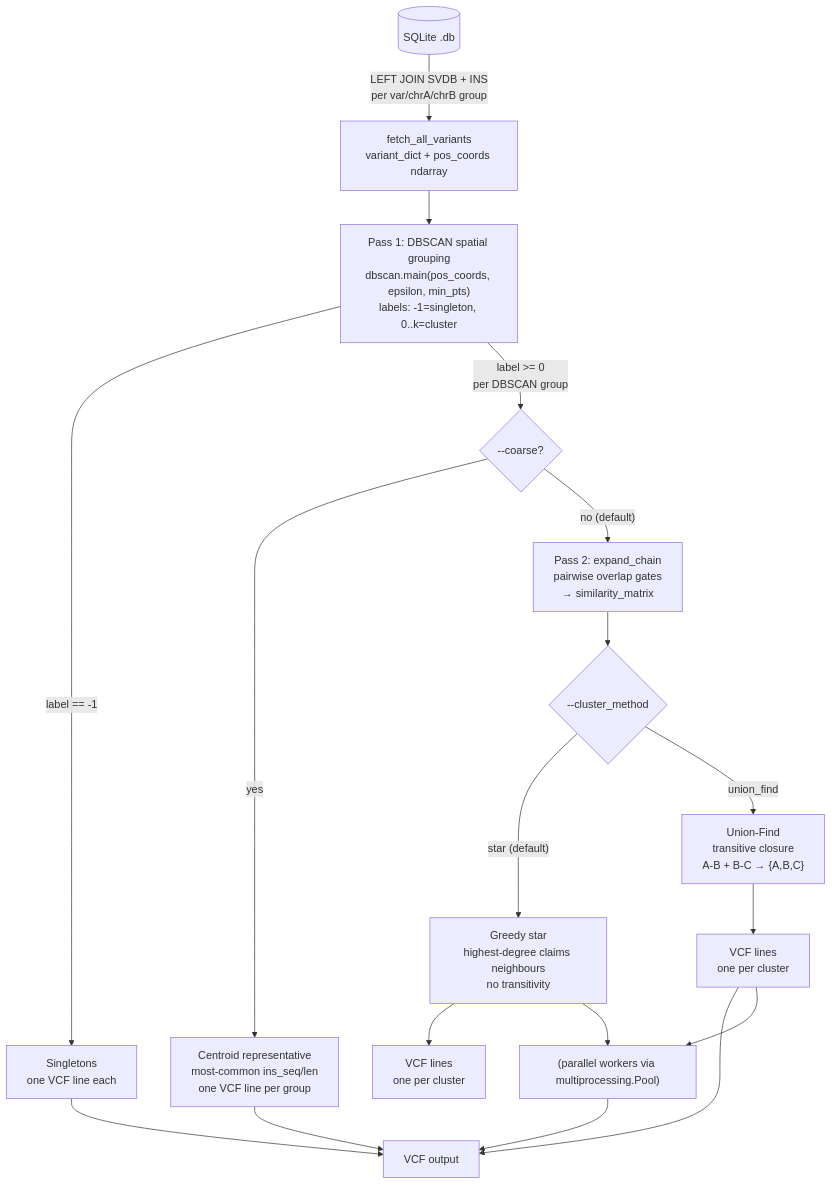
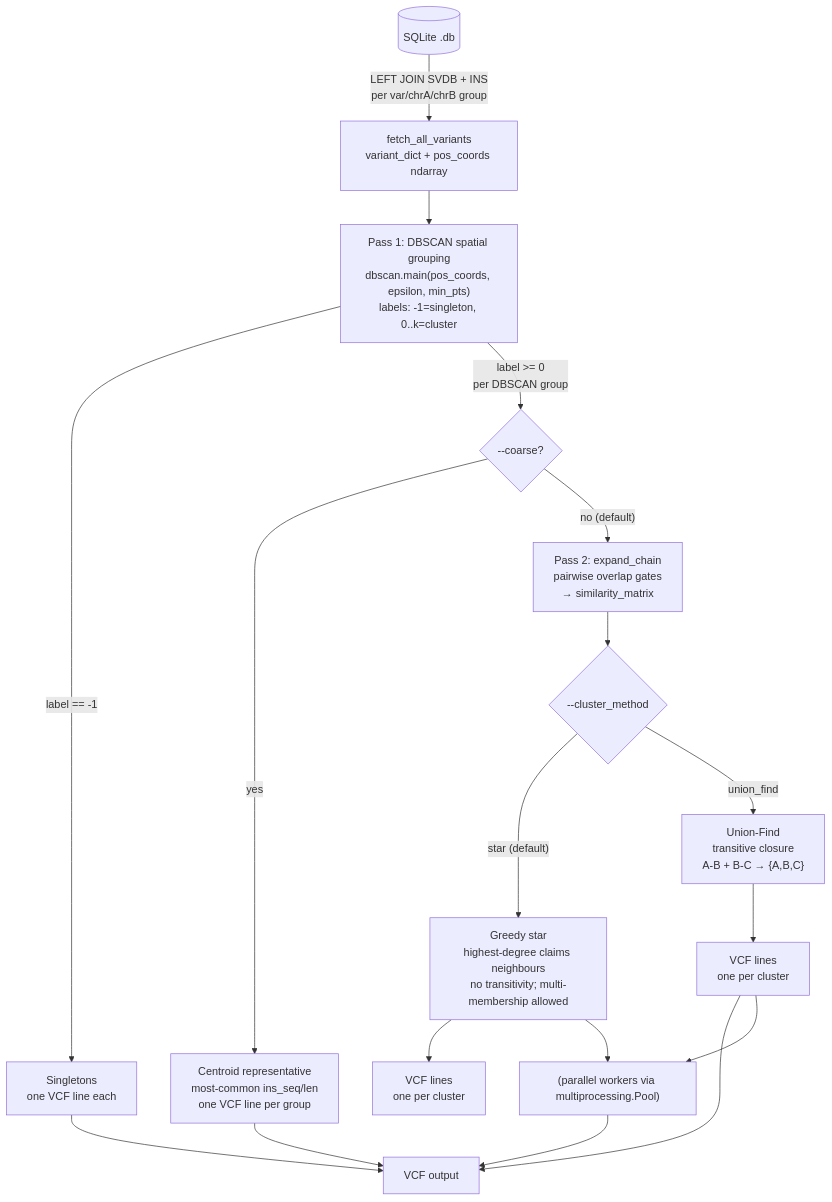
Before and after one commit to J35P312/SVDB: the third of 3 diagrams in docs/architecture.md, drawn with Mermaid. The commit also changed other lines of this file and 4 other files, not shown here.

First line of the commit message:
Revert greedy-star exclusive-membership guard; document multi-membership as intentional

````diff
--- a/docs/architecture.md
+++ b/docs/architecture.md
@@ -154,20 +154,20 @@
 ```mermaid
 flowchart TD
     DB[(SQLite .db)] -->|"LEFT JOIN SVDB + INS\nper var/chrA/chrB group"| FV[fetch_all_variants\nvariant_dict + pos_coords ndarray]
     FV --> DBSCAN["Pass 1: DBSCAN spatial grouping\ndbscan.main(pos_coords, epsilon, min_pts)\nlabels: -1=singleton, 0..k=cluster"]
     DBSCAN -->|"label == -1"| SNG[Singletons\none VCF line each]
     DBSCAN -->|"label >= 0\nper DBSCAN group"| COARSE{--coarse?}
     COARSE -->|"yes"| CTR["Centroid representative\nmost-common ins_seq/len\none VCF line per group"]
     COARSE -->|"no (default)"| EC["Pass 2: expand_chain\npairwise overlap gates\n→ similarity_matrix"]
     EC --> CM{"--cluster_method"}
-    CM -->|"star (default)"| STAR["Greedy star\nhighest-degree claims neighbours\nno transitivity"]
+    CM -->|"star (default)"| STAR["Greedy star\nhighest-degree claims neighbours\nno transitivity; multi-membership allowed"]
     CM -->|"union_find"| UF["Union-Find\ntransitive closure\nA-B + B-C → {A,B,C}"]
     STAR --> OUT[VCF lines\none per cluster]
     UF --> Out2[VCF lines\none per cluster]
     SNG --> VCF[VCF output]
     CTR --> VCF
     Out2 --> VCF
     Out2 --> Par
     STAR --> Par["(parallel workers via multiprocessing.Pool)"]
     Par --> VCF
 ```
````
